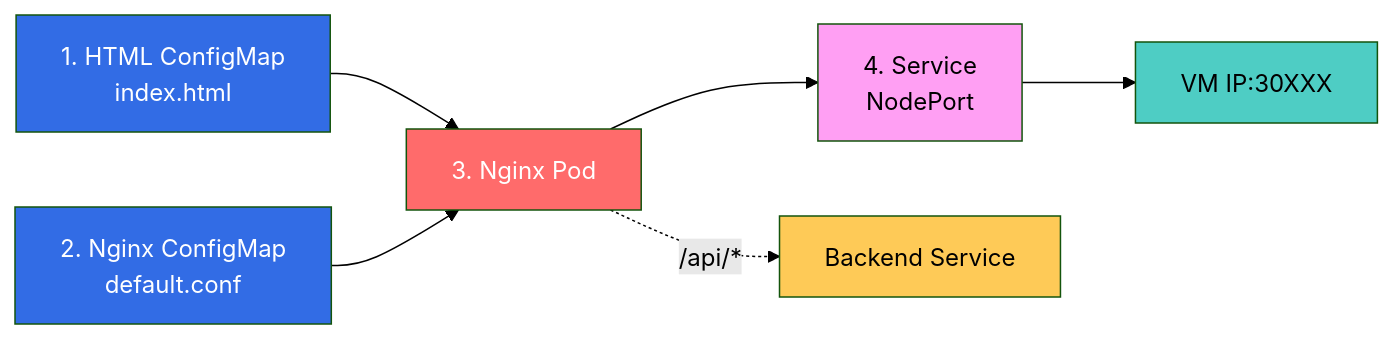
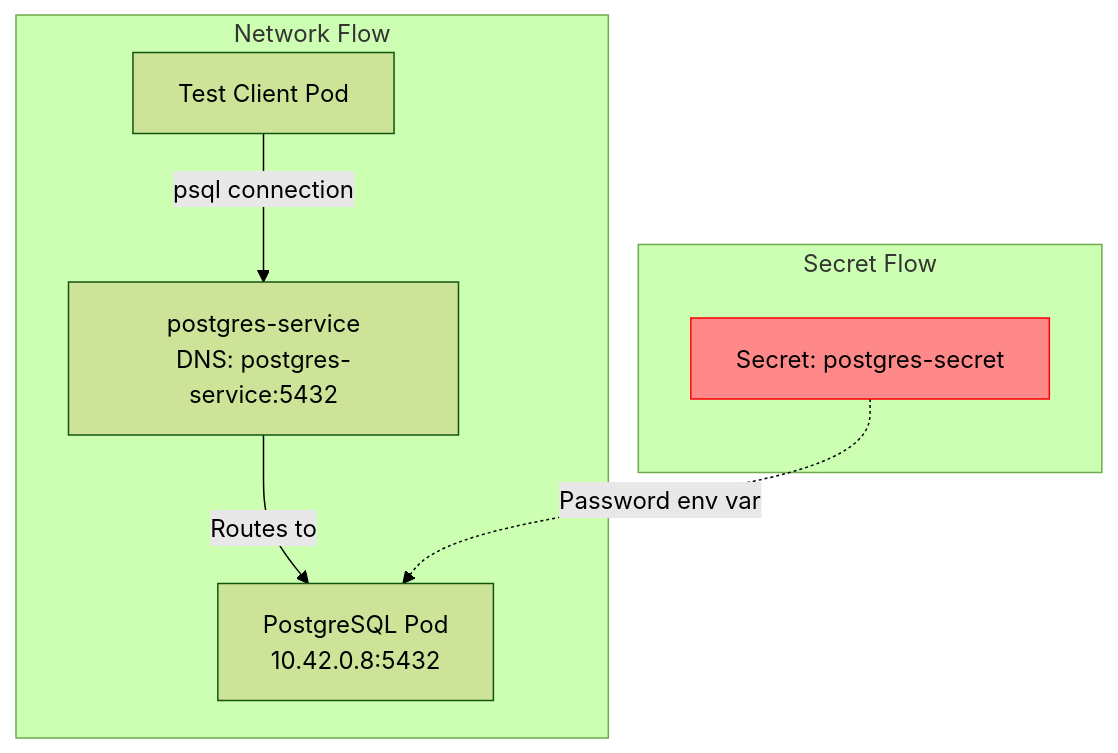
The sixth of 7 diagrams in docs/kubernetes/labor.md (mtalvik/automatiseerimine_ext), drawn with Mermaid (forest theme) before and after one commit. The commit also changed other lines of this file and 5 other files, not shown here.

````diff
--- a/docs/kubernetes/labor.md
+++ b/docs/kubernetes/labor.md
@@ -968,15 +547,19 @@
 ```mermaid
-graph LR
-    A[1. HTML ConfigMap<br/>index.html] --> D[3. Nginx Pod]
-    B[2. Nginx ConfigMap<br/>default.conf] --> D
-    D --> E[4. Service<br/>NodePort]
-    E --> F[VM IP:30XXX]
-    D -.->|/api/*| G[Backend Service]
+graph TB
+    A[Test Client Pod] -->|psql connection| B[postgres-service<br/>DNS: postgres-service:5432]
+    B -->|Routes to| C[PostgreSQL Pod<br/>10.42.0.8:5432]
     
-    style A fill:#326ce5,color:#fff
-    style B fill:#326ce5,color:#fff
-    style D fill:#ff6b6b,color:#fff
-    style E fill:#ff9ff3,color:#000
-    style F fill:#4ecdc4,color:#000
-    style G fill:#feca57,color:#000
+    D[Secret: postgres-secret] -.->|Password env var| C
+    
+    subgraph "Secret Flow"
+    D
+    end
+    
+    subgraph "Network Flow"
+    A
+    B
+    C
+    end
+    
+    style D fill:#f88,stroke:#f00
 ```
````
